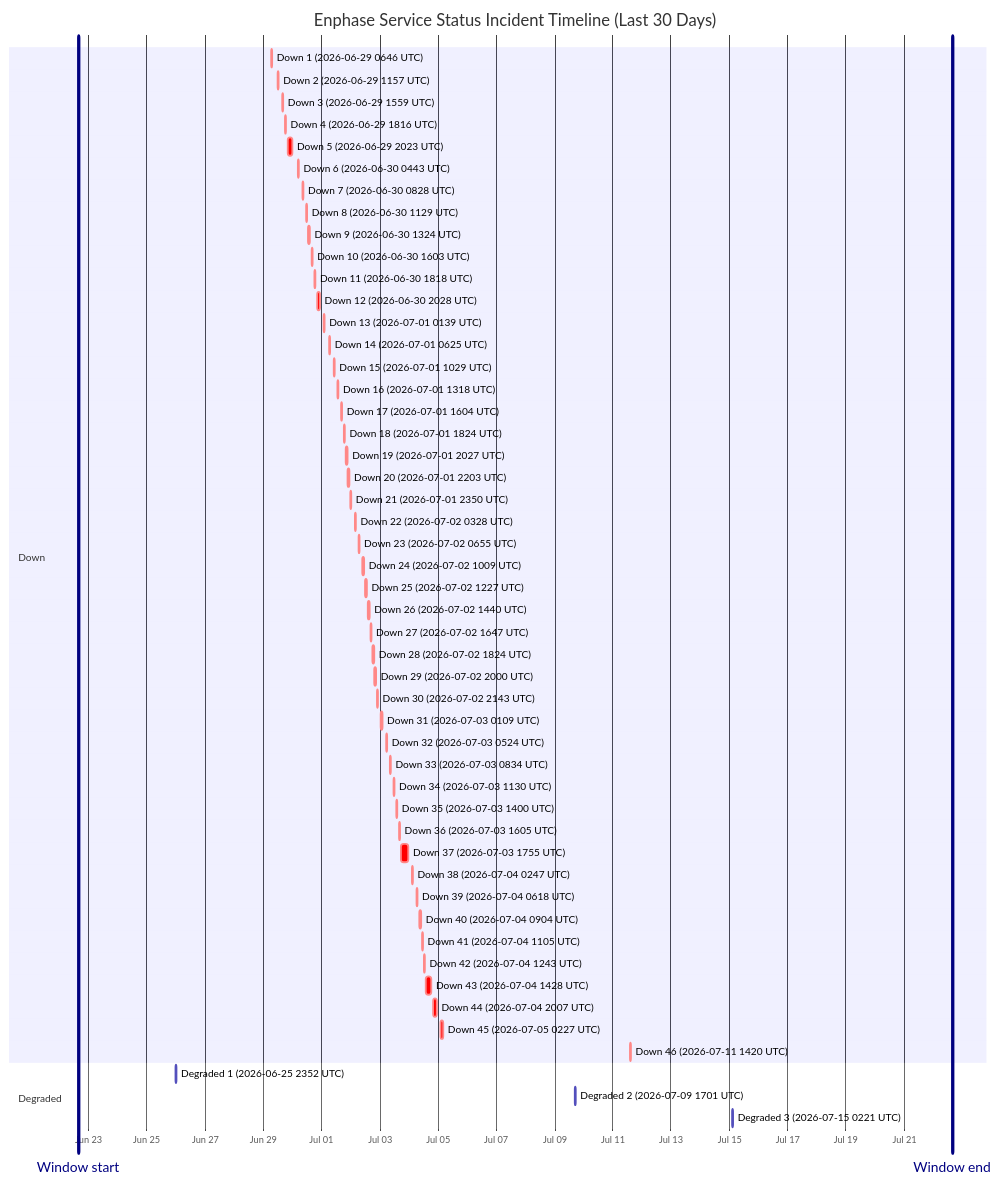
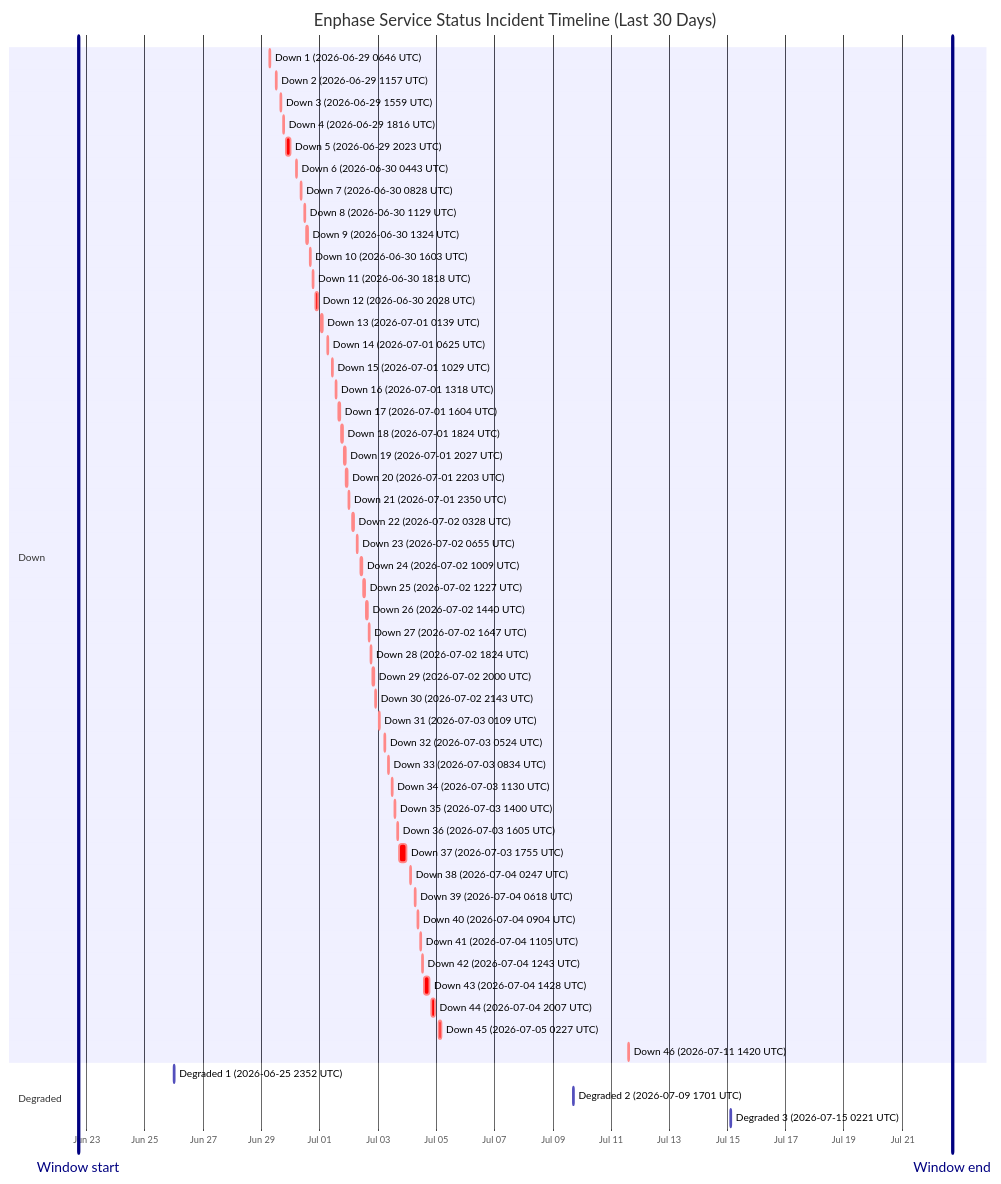
Before and after one commit to barneyonline/ha-enphase-energy: the diagram in wiki/Service-Status-History.md, drawn with Mermaid. The commit also changed other lines of this file and 3 other files, not shown here.

````diff
--- a/wiki/Service-Status-History.md
+++ b/wiki/Service-Status-History.md
@@ -14,59 +14,59 @@
 ```mermaid
 gantt
     title Enphase Service Status Incident Timeline (Last 30 Days)
     dateFormat  YYYY-MM-DDTHH:mm:ss
     axisFormat  %b %d
-    Window start :vert, window-start, 2026-06-22T15:40:10, 0ms
-    Window end :vert, window-end, 2026-07-22T15:40:10, 0ms
+    Window start :vert, window-start, 2026-06-22T17:16:50, 0ms
+    Window end :vert, window-end, 2026-07-22T17:16:50, 0ms
     section Down
     Down 1 (2026-06-29 0646 UTC) :crit, down-1, 2026-06-29T06:46:18, 60m
     Down 2 (2026-06-29 1157 UTC) :crit, down-2, 2026-06-29T11:57:36, 60m
     Down 3 (2026-06-29 1559 UTC) :crit, down-3, 2026-06-29T15:59:02, 60m
     Down 4 (2026-06-29 1816 UTC) :crit, down-4, 2026-06-29T18:16:38, 60m
     Down 5 (2026-06-29 2023 UTC) :crit, down-5, 2026-06-29T20:23:16, 220m
     Down 6 (2026-06-30 0443 UTC) :crit, down-6, 2026-06-30T04:43:54, 60m
     Down 7 (2026-06-30 0828 UTC) :crit, down-7, 2026-06-30T08:28:43, 60m
     Down 8 (2026-06-30 1129 UTC) :crit, down-8, 2026-06-30T11:29:15, 60m
     Down 9 (2026-06-30 1324 UTC) :crit, down-9, 2026-06-30T13:24:25, 60m
     Down 10 (2026-06-30 1603 UTC) :crit, down-10, 2026-06-30T16:03:26, 60m
     Down 11 (2026-06-30 1818 UTC) :crit, down-11, 2026-06-30T18:18:39, 60m
     Down 12 (2026-06-30 2028 UTC) :crit, down-12, 2026-06-30T20:28:54, 171m
     Down 13 (2026-07-01 0139 UTC) :crit, down-13, 2026-07-01T01:39:18, 60m
     Down 14 (2026-07-01 0625 UTC) :crit, down-14, 2026-07-01T06:25:35, 60m
     Down 15 (2026-07-01 1029 UTC) :crit, down-15, 2026-07-01T10:29:24, 60m
     Down 16 (2026-07-01 1318 UTC) :crit, down-16, 2026-07-01T13:18:31, 60m
     Down 17 (2026-07-01 1604 UTC) :crit, down-17, 2026-07-01T16:04:29, 60m
     Down 18 (2026-07-01 1824 UTC) :crit, down-18, 2026-07-01T18:24:21, 60m
     Down 19 (2026-07-01 2027 UTC) :crit, down-19, 2026-07-01T20:27:17, 60m
     Down 20 (2026-07-01 2203 UTC) :crit, down-20, 2026-07-01T22:03:46, 60m
     Down 21 (2026-07-01 2350 UTC) :crit, down-21, 2026-07-01T23:50:52, 60m
     Down 22 (2026-07-02 0328 UTC) :crit, down-22, 2026-07-02T03:28:33, 60m
     Down 23 (2026-07-02 0655 UTC) :crit, down-23, 2026-07-02T06:55:07, 60m
     Down 24 (2026-07-02 1009 UTC) :crit, down-24, 2026-07-02T10:09:15, 60m
     Down 25 (2026-07-02 1227 UTC) :crit, down-25, 2026-07-02T12:27:49, 60m
     Down 26 (2026-07-02 1440 UTC) :crit, down-26, 2026-07-02T14:40:53, 60m
     Down 27 (2026-07-02 1647 UTC) :crit, down-27, 2026-07-02T16:47:47, 60m
     Down 28 (2026-07-02 1824 UTC) :crit, down-28, 2026-07-02T18:24:26, 60m
     Down 29 (2026-07-02 2000 UTC) :crit, down-29, 2026-07-02T20:00:57, 60m
     Down 30 (2026-07-02 2143 UTC) :crit, down-30, 2026-07-02T21:43:52, 80m
     Down 31 (2026-07-03 0109 UTC) :crit, down-31, 2026-07-03T01:09:19, 60m
     Down 32 (2026-07-03 0524 UTC) :crit, down-32, 2026-07-03T05:24:23, 60m
     Down 33 (2026-07-03 0834 UTC) :crit, down-33, 2026-07-03T08:34:05, 60m
     Down 34 (2026-07-03 1130 UTC) :crit, down-34, 2026-07-03T11:30:41, 60m
     Down 35 (2026-07-03 1400 UTC) :crit, down-35, 2026-07-03T14:00:48, 60m
     Down 36 (2026-07-03 1605 UTC) :crit, down-36, 2026-07-03T16:05:49, 60m
     Down 37 (2026-07-03 1755 UTC) :crit, down-37, 2026-07-03T17:55:54, 338m
     Down 38 (2026-07-04 0247 UTC) :crit, down-38, 2026-07-04T02:47:22, 60m
     Down 39 (2026-07-04 0618 UTC) :crit, down-39, 2026-07-04T06:18:09, 60m
     Down 40 (2026-07-04 0904 UTC) :crit, down-40, 2026-07-04T09:04:41, 60m
     Down 41 (2026-07-04 1105 UTC) :crit, down-41, 2026-07-04T11:05:21, 60m
     Down 42 (2026-07-04 1243 UTC) :crit, down-42, 2026-07-04T12:43:25, 60m
     Down 43 (2026-07-04 1428 UTC) :crit, down-43, 2026-07-04T14:28:07, 243m
     Down 44 (2026-07-04 2007 UTC) :crit, down-44, 2026-07-04T20:07:50, 206m
     Down 45 (2026-07-05 0227 UTC) :crit, down-45, 2026-07-05T02:27:32, 109m
     Down 46 (2026-07-11 1420 UTC) :crit, down-46, 2026-07-11T14:20:54, 69m
     section Degraded
     Degraded 1 (2026-06-25 2352 UTC) :active, degraded-1, 2026-06-25T23:52:01, 60m
     Degraded 2 (2026-07-09 1701 UTC) :active, degraded-2, 2026-07-09T17:01:02, 60m
     Degraded 3 (2026-07-15 0221 UTC) :active, degraded-3, 2026-07-15T02:21:35, 60m
 ```
````
